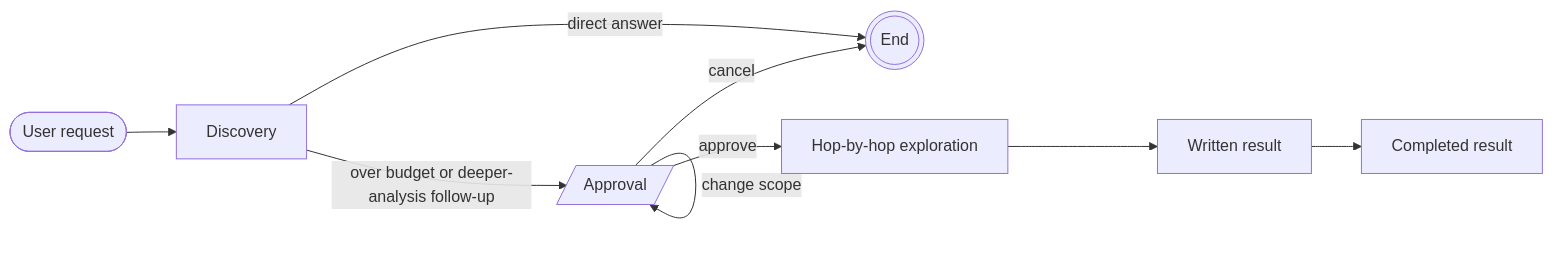
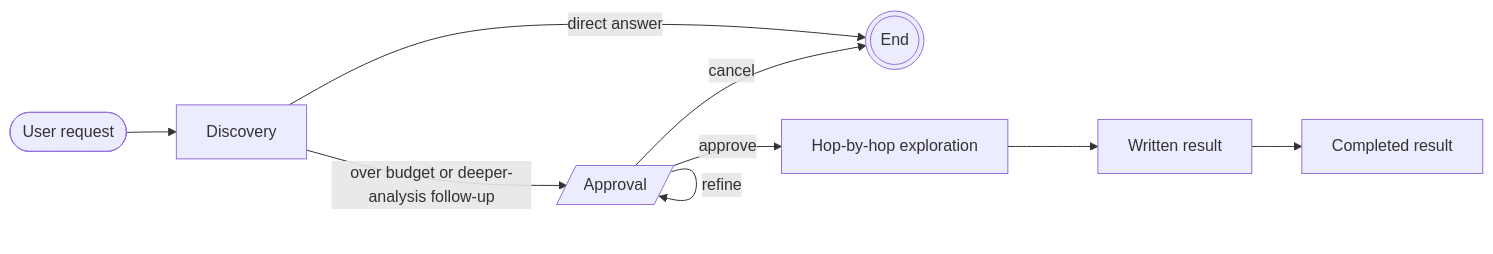
Before and after one commit to ChrisDevRepo/vscode_data_lineage: the second of 2 diagrams in docs/ARCHITECTURE.md, drawn with Mermaid. The commit also changed 6 other files, not shown here.

````diff
--- a/docs/ARCHITECTURE.md
+++ b/docs/ARCHITECTURE.md
@@ -47,10 +47,10 @@
 ```mermaid
 flowchart LR
     Q([User request]) --> D[Discovery]
     D -->|direct answer| END(((End)))
     D -->|over budget or deeper-analysis follow-up| G[/Approval/]
-    G -->|change scope| G
+    G -->|refine| G
     G -->|cancel| END
     G -->|approve| A[Hop-by-hop exploration]
     A --> S[Written result] --> C[Completed result]
 ```
````
